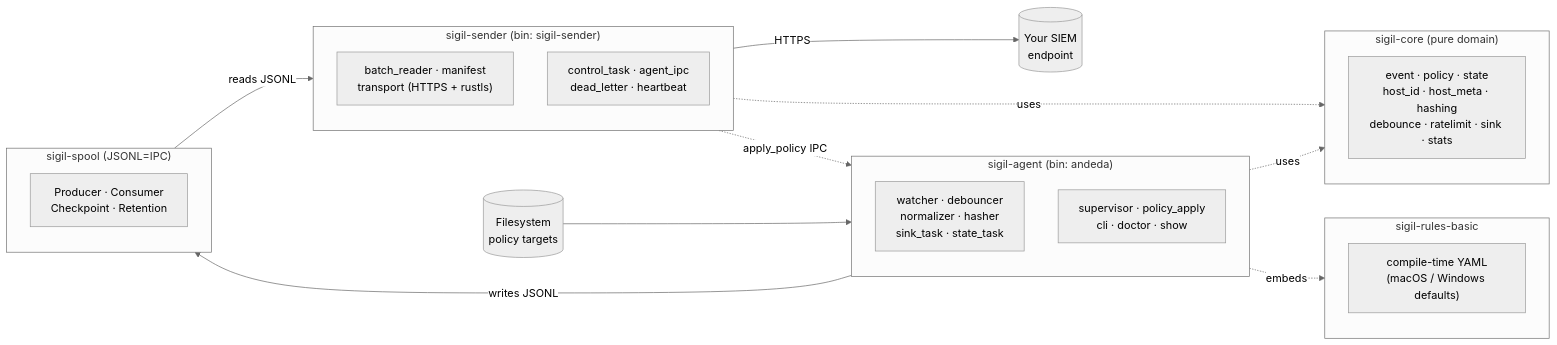
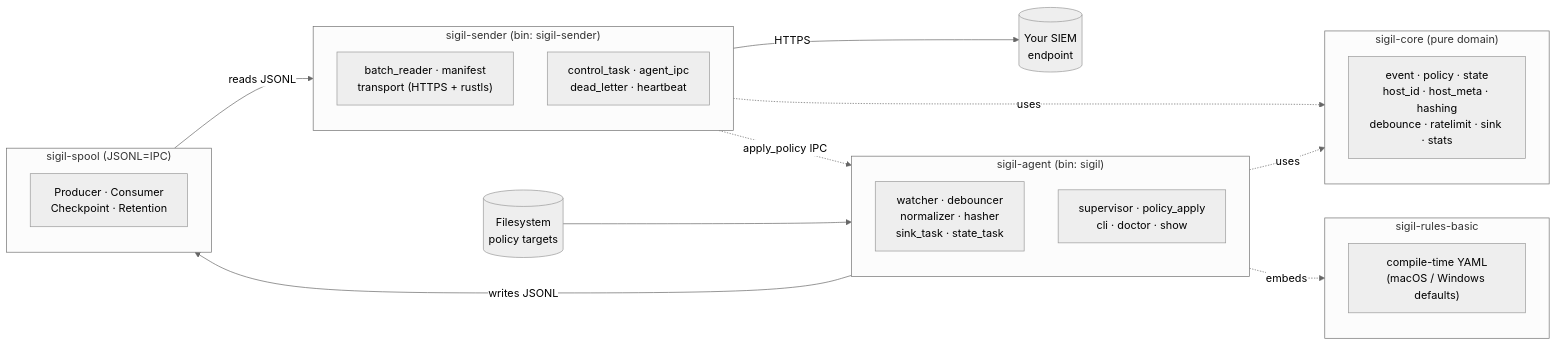
The diagram in README.md (Ju571nK/sigil), drawn with Mermaid (neutral theme) before and after one commit. The commit also changed other lines of this file and 43 other files, not shown here.

````diff
--- a/README.md
+++ b/README.md
@@ -95,39 +93,39 @@
 ```mermaid
 flowchart LR
     FS[("Filesystem<br/>policy targets")]
     SIEM[("Your SIEM<br/>endpoint")]
 
-    subgraph agent["sigil-agent (bin: andeda)"]
+    subgraph agent["sigil-agent (bin: sigil)"]
         direction TB
         a_pipe["watcher · debouncer<br/>normalizer · hasher<br/>sink_task · state_task"]
         a_ctrl["supervisor · policy_apply<br/>cli · doctor · show"]
     end
 
     subgraph sender["sigil-sender (bin: sigil-sender)"]
         direction TB
         s_pipe["batch_reader · manifest<br/>transport (HTTPS + rustls)"]
         s_ctrl["control_task · agent_ipc<br/>dead_letter · heartbeat"]
     end
 
     subgraph spool["sigil-spool (JSONL=IPC)"]
         spoolmods["Producer · Consumer<br/>Checkpoint · Retention"]
     end
 
     subgraph core["sigil-core (pure domain)"]
         coremods["event · policy · state<br/>host_id · host_meta · hashing<br/>debounce · ratelimit · sink · stats"]
     end
 
     subgraph rules["sigil-rules-basic"]
         rulesmods["compile-time YAML<br/>(macOS / Windows defaults)"]
     end
 
     FS --> a_pipe
     a_pipe -- "writes JSONL" --> spool
     spool -- "reads JSONL" --> s_pipe
     s_pipe -- "HTTPS" --> SIEM
     s_ctrl -. "apply_policy IPC" .-> a_ctrl
 
     agent -. uses .-> core
     sender -. uses .-> core
     agent -. embeds .-> rules
 ```
````
